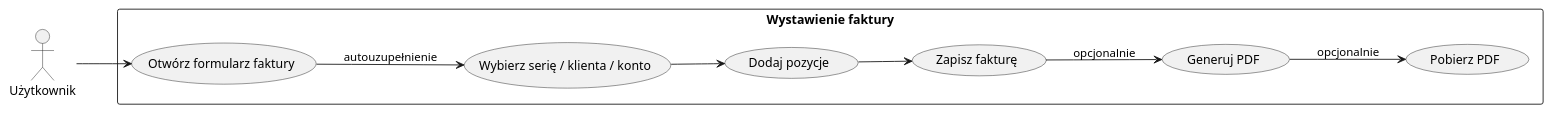
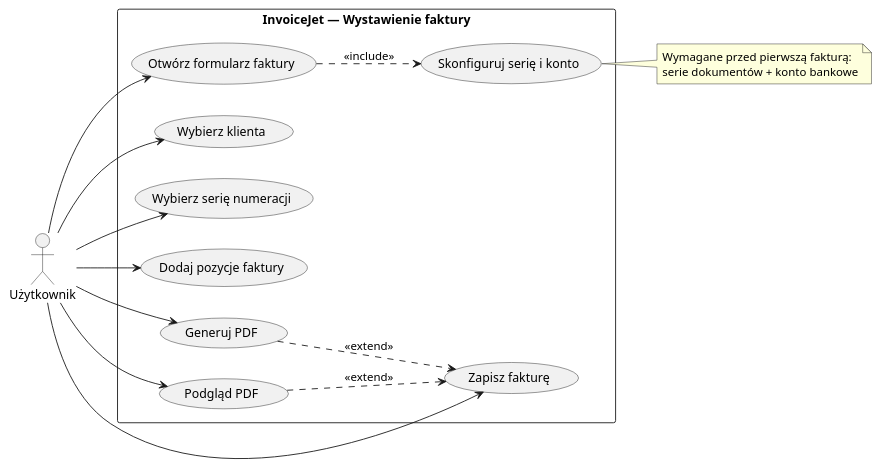
Before and after one commit to zyqpp/InvoiceJet: the diagram in InvoiceJet/doc_AI/07_use_case/UC-02_WystawienieFaktury.md, drawn with PlantUML. The commit also changed 2 other files, not shown here.

Commit message:
fix(uc): napraw i uzupelniej diagramy PlantUML UseCase (UC-02/03/04)
UC-02 WystawienieFaktury — NAPRAWIONO:
  Problem: UC polaczone liniowo (UC_A --> UC_B) zamiast
  aktor --> UC z <<include>>/<<extend>> relacjami
  Fix: kazdy UC polaczony z aktorem, PDF jako <<extend>>

UC-03 ZarzadzanieKlientami — DODANO diagram:
  4 UC (wyswietl/dodaj/edytuj/usun) + aktor ANAF <<external>>
  Pobierz dane z ANAF jako <<extend>> do dodaj i edytuj

UC-04 KonwersjaNaStorno — DODANO diagram:
  6 UC, zaznaczenie dokumentow jako <<include>>
  Note z warnuingiem o braku atomowosci

````diff
--- a/InvoiceJet/doc_AI/07_use_case/UC-02_WystawienieFaktury.md
+++ b/InvoiceJet/doc_AI/07_use_case/UC-02_WystawienieFaktury.md
@@ -19,22 +19,35 @@
 ```plantuml
 @startuml
 left to right direction
+skinparam packageStyle rectangle
 actor "Użytkownik" as U
 
-rectangle "Wystawienie faktury" {
-    usecase "Otwórz formularz faktury" as UC_OPEN
-    usecase "Wybierz serię / klienta / konto" as UC_SEL
-    usecase "Dodaj pozycje" as UC_PROD
-    usecase "Zapisz fakturę" as UC_SAVE
-    usecase "Generuj PDF" as UC_PDF
-    usecase "Pobierz PDF" as UC_DL
+rectangle "InvoiceJet — Wystawienie faktury" {
+  usecase "Otwórz formularz faktury" as UC1
+  usecase "Wybierz klienta" as UC2
+  usecase "Wybierz serię numeracji" as UC3
+  usecase "Dodaj pozycje faktury" as UC4
+  usecase "Zapisz fakturę" as UC5
+  usecase "Generuj PDF" as UC6
+  usecase "Podgląd PDF" as UC7
+  usecase "Skonfiguruj serię i konto" as UC_CFG
 }
 
-U --> UC_OPEN
-UC_OPEN --> UC_SEL : autouzupełnienie
-UC_SEL --> UC_PROD
-UC_PROD --> UC_SAVE
-UC_SAVE --> UC_PDF : opcjonalnie
-UC_PDF --> UC_DL : opcjonalnie
+U --> UC1
+U --> UC2
+U --> UC3
+U --> UC4
+U --> UC5
+U --> UC6
+U --> UC7
+
+UC1 ..> UC_CFG : <<include>>
+UC6 ..> UC5 : <<extend>>
+UC7 ..> UC5 : <<extend>>
+
+note right of UC_CFG
+  Wymagane przed pierwszą fakturą:
+  serie dokumentów + konto bankowe
+end note
 @enduml
 ```
````
